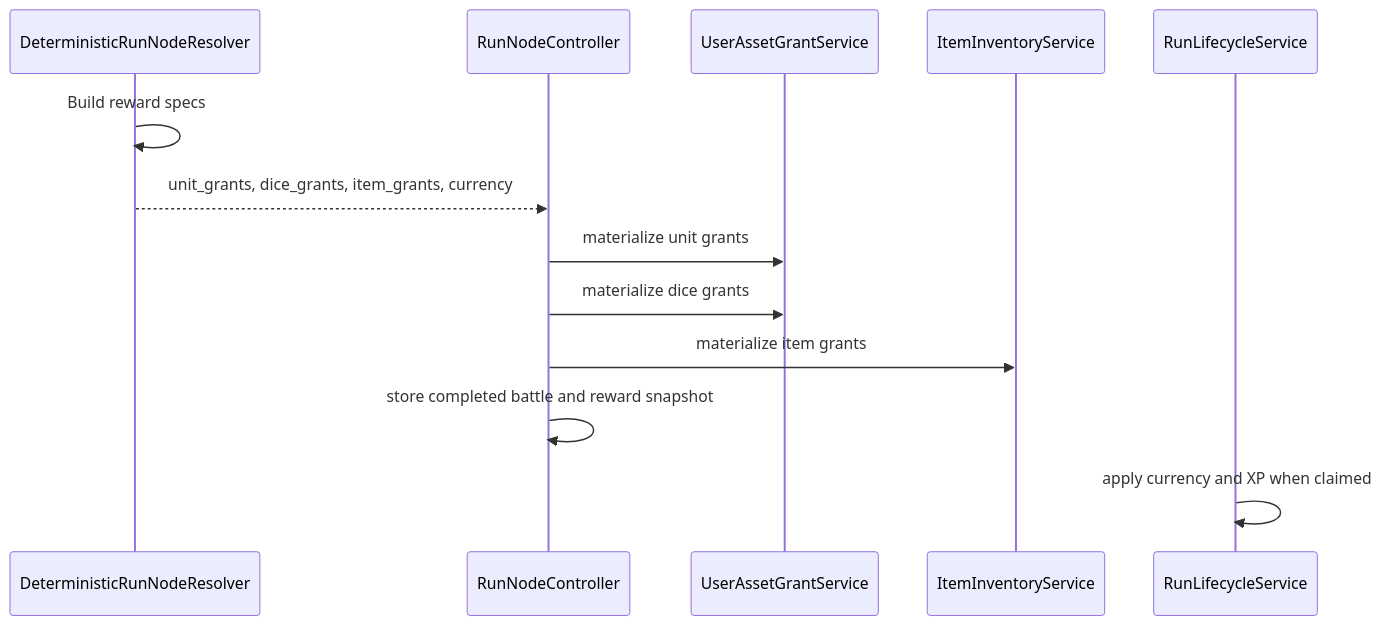
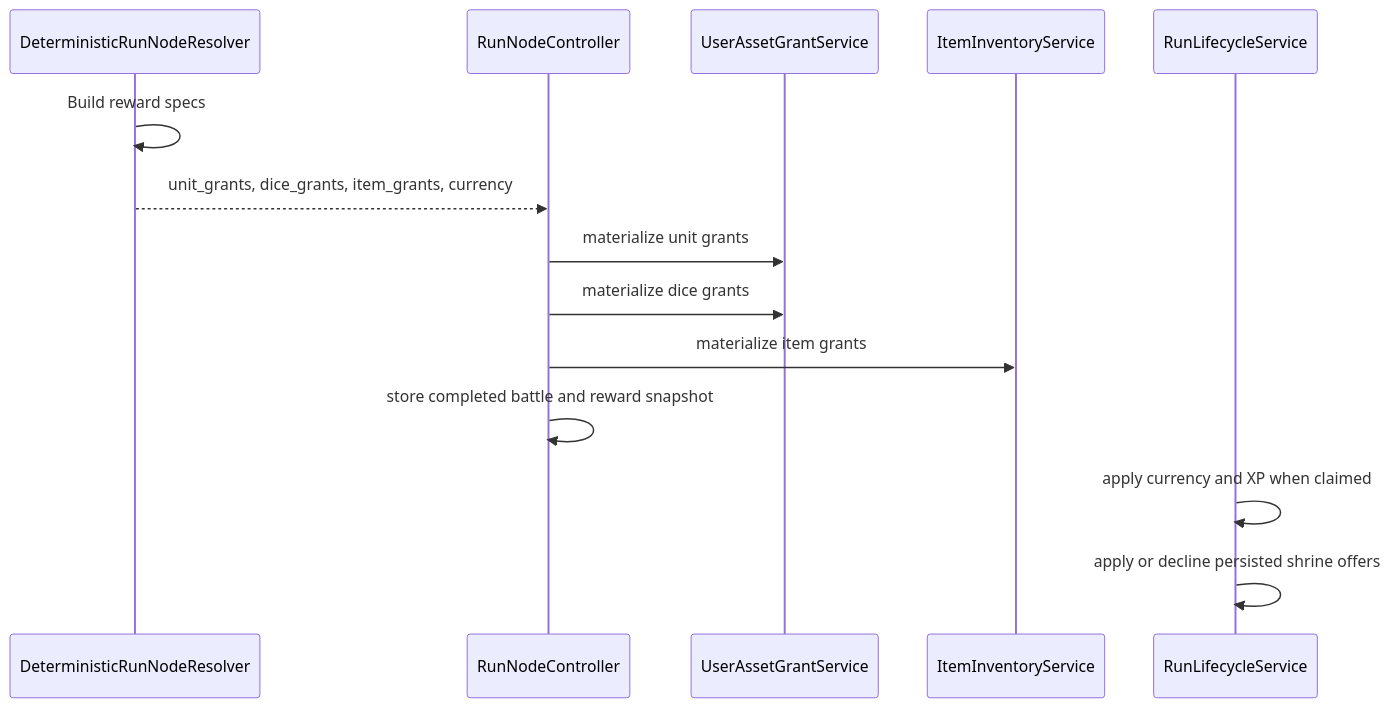
One commit to NickGrant/DiceGoblin changed the first of 3 diagrams in documentation/09-active-system-structure/06-loot-determination.md. Above: the diagram before and after it, drawn with Mermaid. The commit also changed other lines of this file and 13 other files, not shown here.

Commit message:
Add declineable shrine offer flow

````diff
--- a/documentation/09-active-system-structure/06-loot-determination.md
+++ b/documentation/09-active-system-structure/06-loot-determination.md
@@ -15,16 +15,17 @@
 ```mermaid
 sequenceDiagram
   participant E as DeterministicRunNodeResolver
   participant C as RunNodeController
   participant U as UserAssetGrantService
   participant I as ItemInventoryService
   participant L as RunLifecycleService
 
   E->>E: Build reward specs
   E-->>C: unit_grants, dice_grants, item_grants, currency
   C->>U: materialize unit grants
   C->>U: materialize dice grants
   C->>I: materialize item grants
   C->>C: store completed battle and reward snapshot
   L->>L: apply currency and XP when claimed
+  L->>L: apply or decline persisted shrine offers
 ```
````
